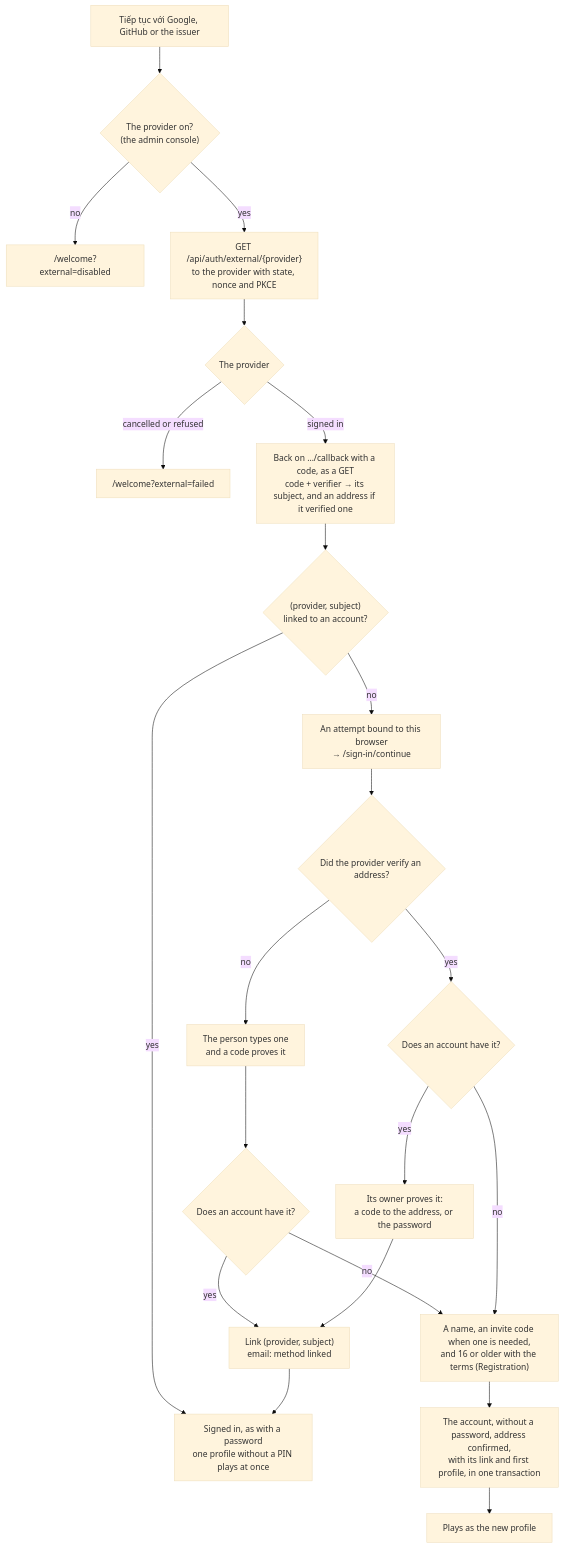
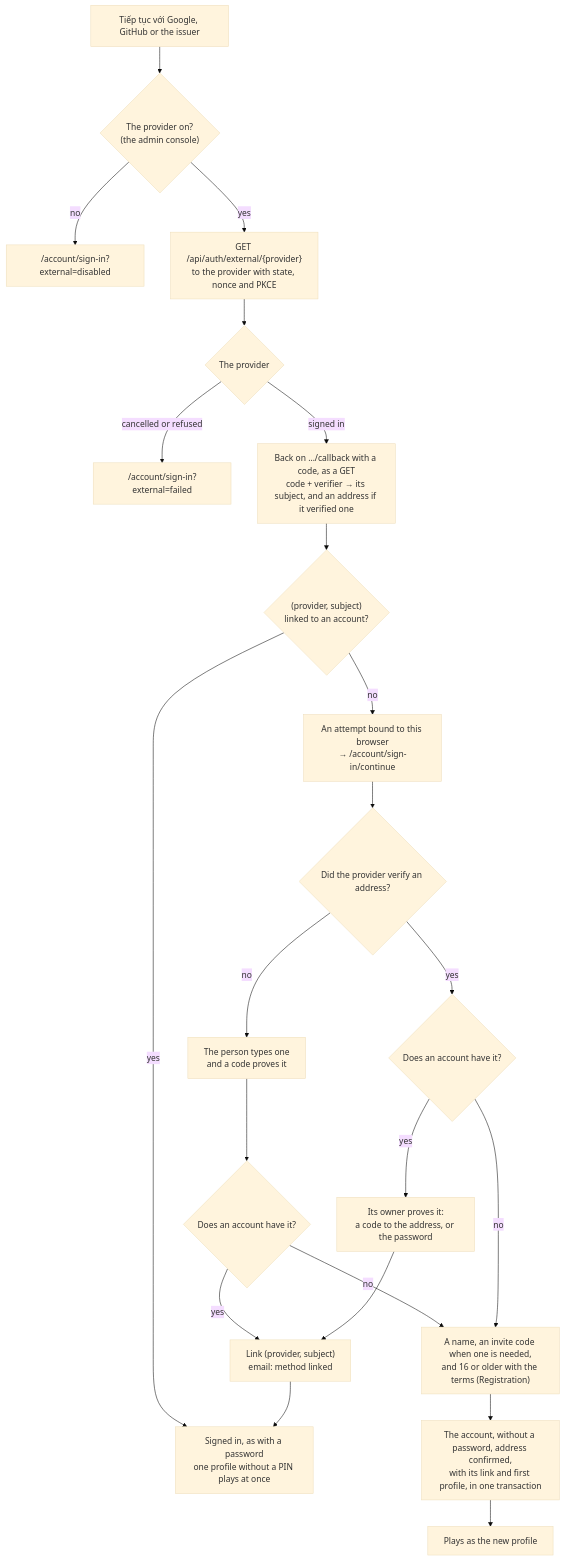
Before and after one commit to vinh466/tohe-play: the sixth of 13 diagrams in docs/architecture/identity.md, drawn with Mermaid (base theme). The commit also changed other lines of this file and 57 other files, not shown here.

````diff
--- a/docs/architecture/identity.md
+++ b/docs/architecture/identity.md
@@ -260,24 +260,24 @@
 ```mermaid
 flowchart TD
   go["Tiếp tục với Google, GitHub or the issuer"] --> on{"The provider on?<br/>(the admin console)"}
-  on -- no --> disabled["/welcome?external=disabled"]
+  on -- no --> disabled["/account/sign-in?external=disabled"]
   on -- yes --> out["GET /api/auth/external/{provider}<br/>to the provider with state, nonce and PKCE"]
   out --> provider{"The provider"}
-  provider -- "cancelled or refused" --> failed["/welcome?external=failed"]
+  provider -- "cancelled or refused" --> failed["/account/sign-in?external=failed"]
   provider -- "signed in" --> back["Back on …/callback with a code, as a GET<br/>code + verifier → its subject, and an address if it verified one"]
   back --> known{"(provider, subject)<br/>linked to an account?"}
   known -- yes --> signin["Signed in, as with a password<br/>one profile without a PIN plays at once"]
-  known -- no --> wait["An attempt bound to this browser<br/>→ /sign-in/continue"]
+  known -- no --> wait["An attempt bound to this browser<br/>→ /account/sign-in/continue"]
   wait --> verified{"Did the provider verify an address?"}
   verified -- no --> ask["The person types one<br/>and a code proves it"]
   verified -- yes --> has2{"Does an account have it?"}
   ask --> has1{"Does an account have it?"}
   has1 -- yes --> link["Link (provider, subject)<br/>email: method linked"]
   has2 -- yes --> proof["Its owner proves it:<br/>a code to the address, or the password"]
   proof --> link
   has1 -- no --> signup["A name, an invite code when one is needed,<br/>and 16 or older with the terms (Registration)"]
   has2 -- no --> signup
   signup --> create["The account, without a password, address confirmed,<br/>with its link and first profile, in one transaction"]
   link --> signin
   create --> plays["Plays as the new profile"]
 ```
````
